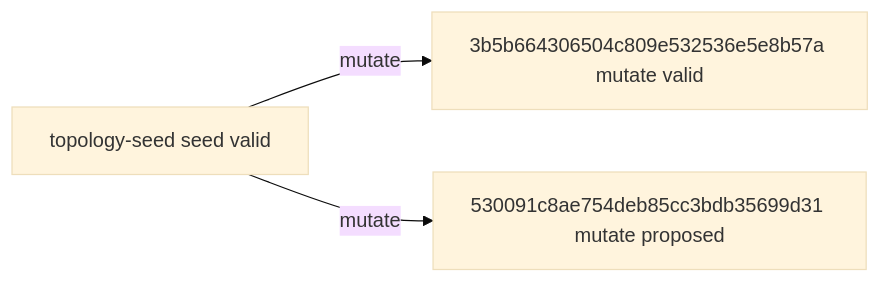
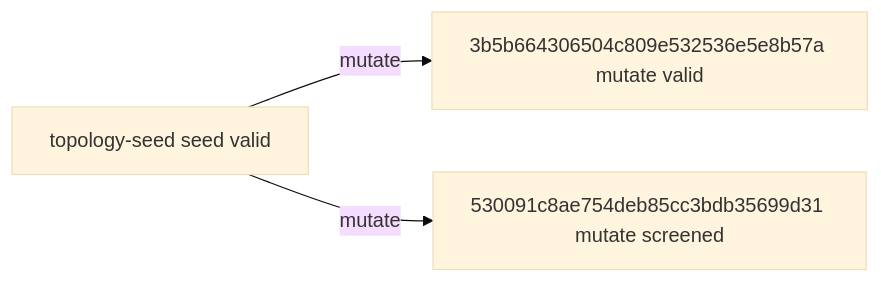
Before and after one commit to timbtz/feyer-search-lab: the diagram in experiments/campaigns/layout-numerical-lane1/README.md, drawn with Mermaid (base theme). The commit also changed other lines of this file and 7 other files, not shown here.

Commit message:
Record DAG campaign 530091c8ae754deb85cc3bdb35699d31-screen

````diff
--- a/experiments/campaigns/layout-numerical-lane1/README.md
+++ b/experiments/campaigns/layout-numerical-lane1/README.md
@@ -21,8 +21,8 @@
 ```mermaid
 graph LR
   n0["topology-seed seed valid"]
   n1["3b5b664306504c809e532536e5e8b57a mutate valid"]
-  n2["530091c8ae754deb85cc3bdb35699d31 mutate proposed"]
+  n2["530091c8ae754deb85cc3bdb35699d31 mutate screened"]
   n0 -->|mutate| n1
   n0 -->|mutate| n2
 ```
````
